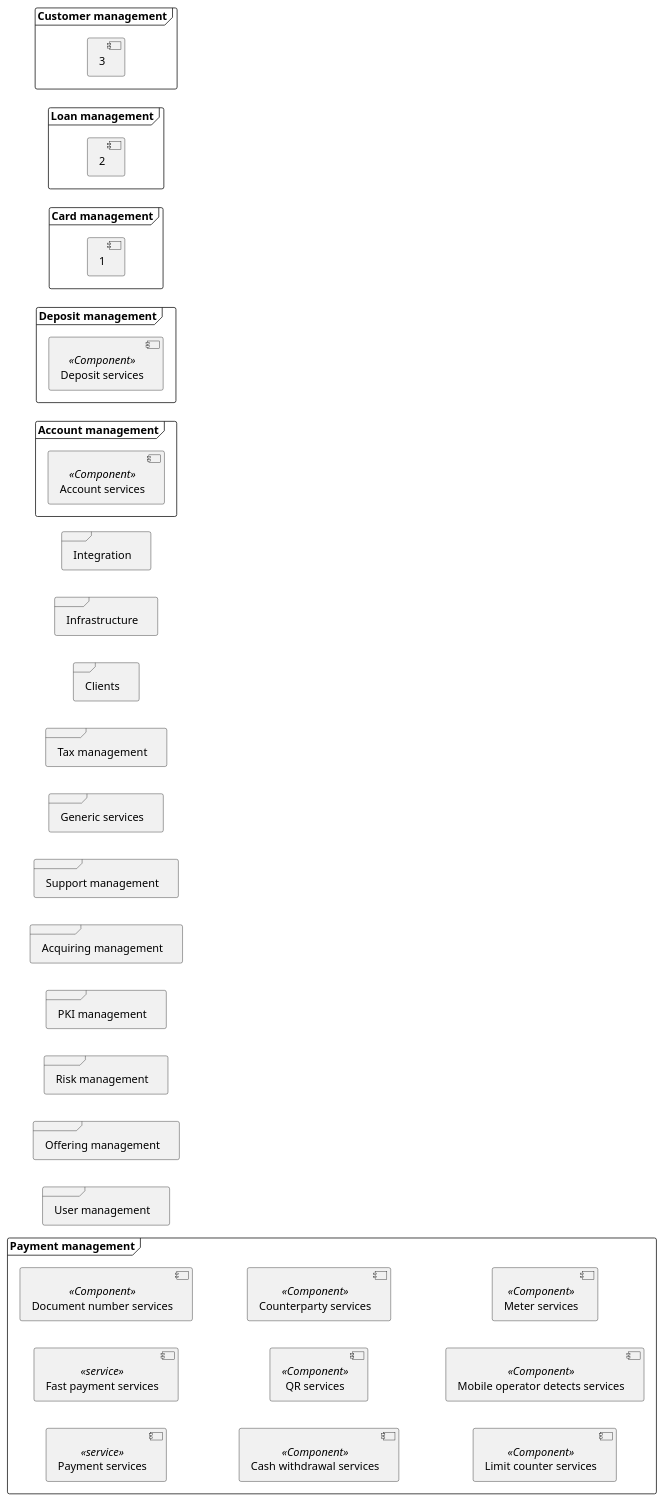
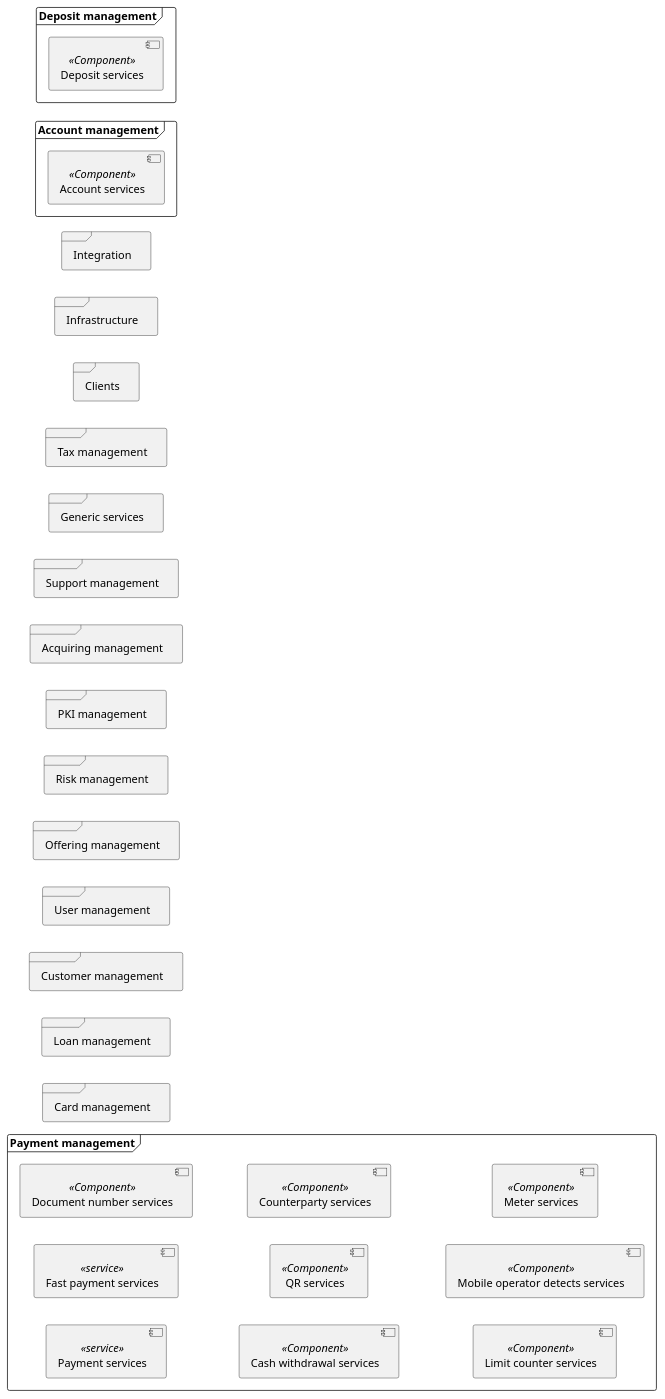
One commit to RaikBitters/ibank-library changed the diagram in components/.components.puml. Above: the diagram before and after it, drawn with PlantUML.

Commit message:
Update puml

```diff
--- a/components/.components.puml
+++ b/components/.components.puml
@@ -1,84 +1,84 @@
 @startuml components-library
 
 left to right direction
 
 frame "Payment management" {
     component "Payment services" as Payment <<service>>
     component "Fast payment services" as FastPayment <<service>>
     component "Document number services" as DocumentNumber <<Component>>
     component "Cash withdrawal services" as CashWithdrawal <<Component>>
     component "QR services" as QR <<Component>>
     component "Counterparty services" as Counterparty <<Component>>
     component "Limit counter services" as LimitCounter <<Component>>
     component "Mobile operator detects services" as MobileOperatorDetects <<Component>>
     component "Meter services" as Meter <<Component>>
 }
 
 frame "Account management" {
     component "Account services" as Account <<Component>>
 }
 
 frame "Deposit management" {
     component "Deposit services" as Deposit <<Component>>
 }
 
 frame "Card management" {
-    [1]
+    
 }
 
 frame "Loan management" {
-    [2]
+    
 }
 
 frame "Customer management" {
-    [3]
+    
 }
 
 frame "User management" {
 
 }
 
 frame "Offering management" {
 
 }
 
 frame "Risk management" {
 
 }
 
 frame "PKI management" {
 
 }
 
 frame "Acquiring management" {
 
 }
 
 frame "Support management" {
 
 }
 
 frame "Generic services" {
 
 }
 
 frame "Tax management" {
 
 }
 
 
 'Technical layer
 
 frame "Clients" {
 
 }
 
 frame "Infrastructure" {
 
 }
 
 frame "Integration" {
 
 }
 
 @enduml
```
